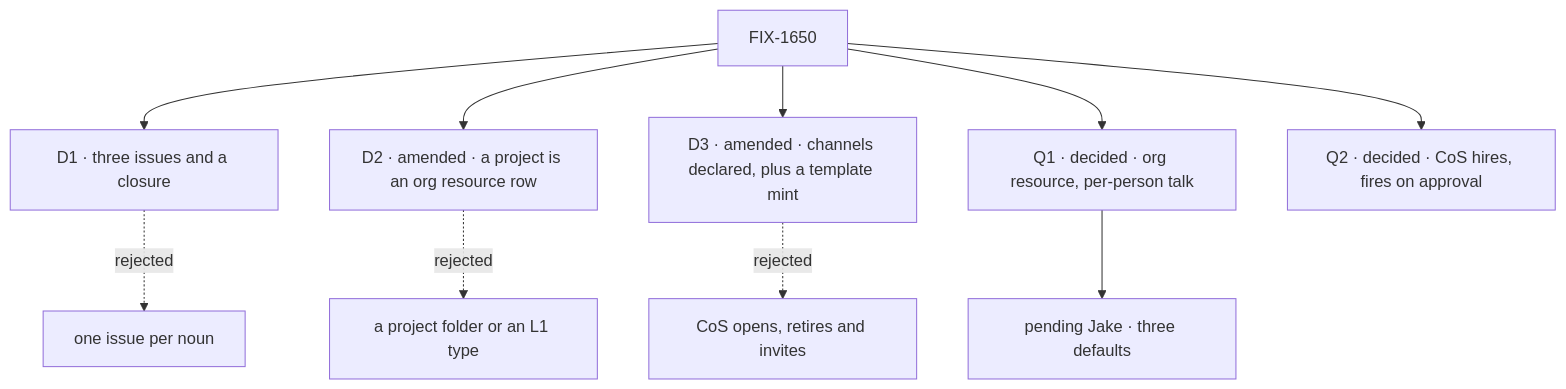
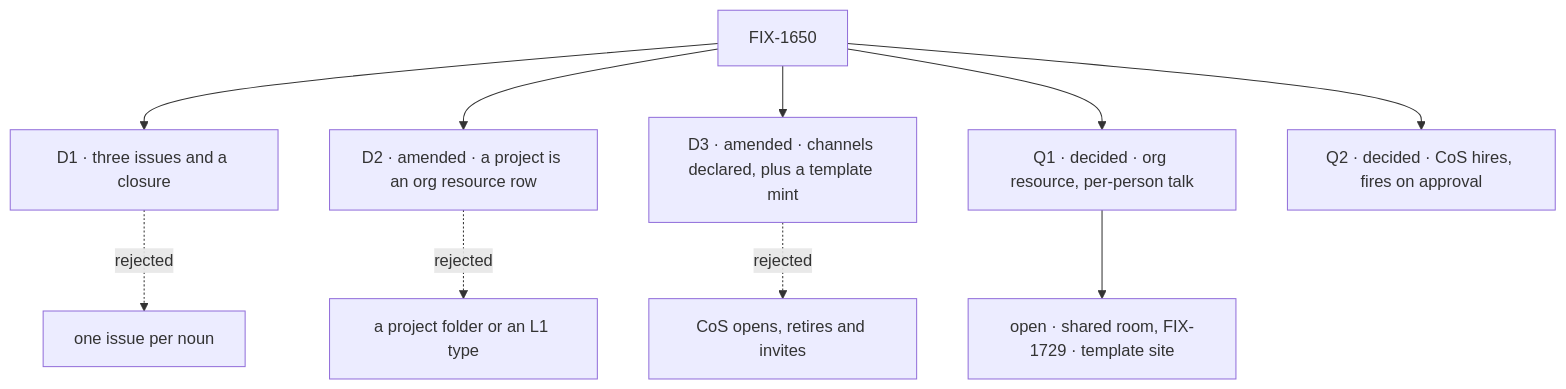
The diagram in specs/epics/FIX-1650/DECISIONS.md (fixpoint-labs/flow-state-dev), drawn with Mermaid before and after one commit. The commit also changed other lines of this file and 7 other files, not shown here.

First line of the commit message:
spec(epic): FIX-1650 amend — Jake: amend now; shared room open pending FIX-1729

````diff
--- a/specs/epics/FIX-1650/DECISIONS.md
+++ b/specs/epics/FIX-1650/DECISIONS.md
@@ -14,12 +15,12 @@
 ```mermaid
 flowchart TD
   E["FIX-1650"] --> D1["D1 · three issues and a closure"]
   D1 -.->|"rejected"| X1["one issue per noun"]
   E --> D2["D2 · amended · a project is an org resource row"]
   D2 -.->|"rejected"| X2["a project folder or an L1 type"]
   E --> D3["D3 · amended · channels declared, plus a template mint"]
   D3 -.->|"rejected"| X3["CoS opens, retires and invites"]
   E --> Q1["Q1 · decided · org resource, per-person talk"]
-  Q1 --> P["pending Jake · three defaults"]
+  Q1 --> P["open · shared room, FIX-1729 · template site"]
   E --> Q2["Q2 · decided · CoS hires, fires on approval"]
 ```
````
